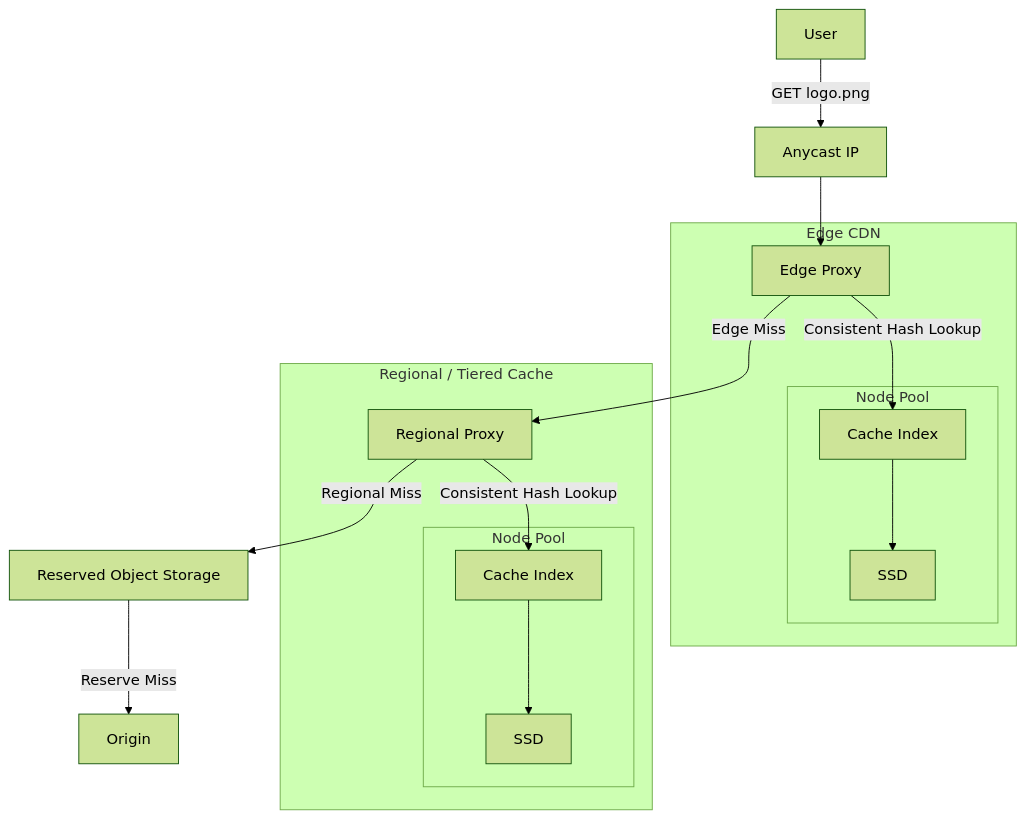
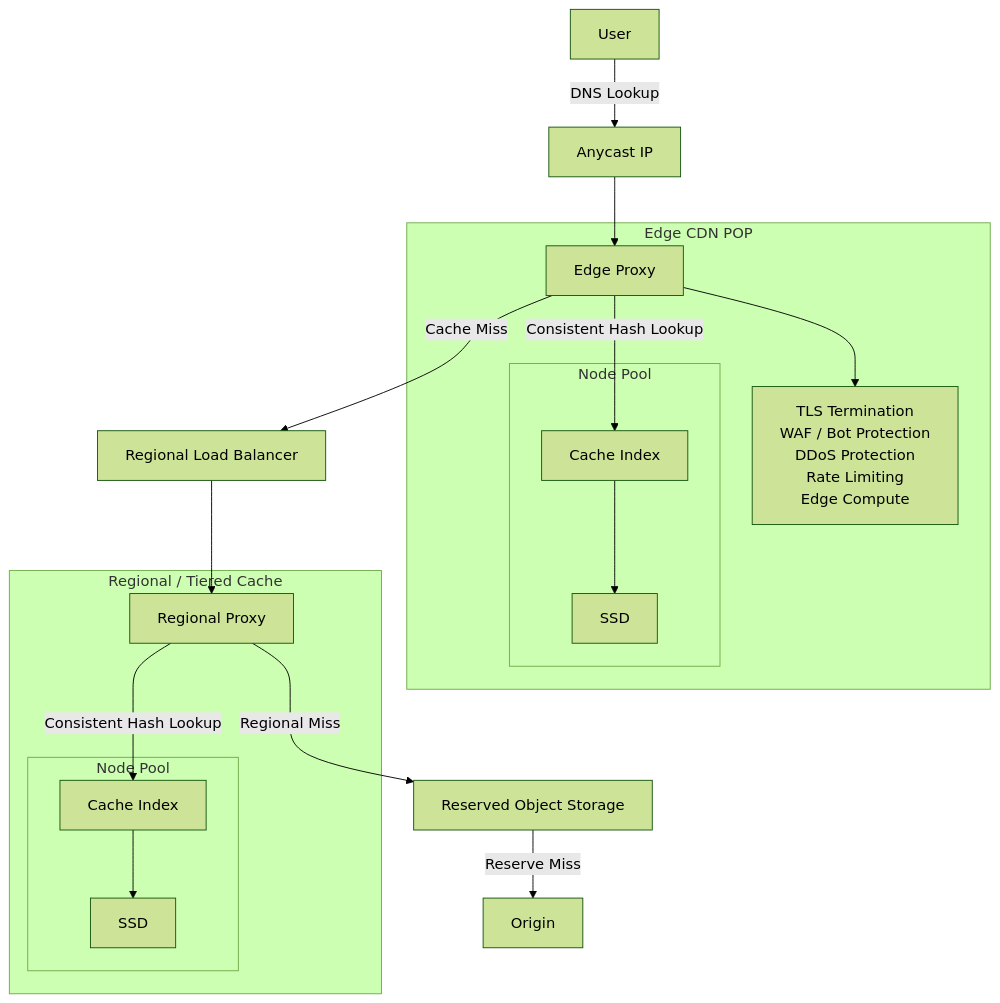
One commit to brandon-benge/InterviewPrep changed the diagram in system-design/components/cdn.md. Above: the diagram before and after it, drawn with Mermaid (forest theme). The commit also changed other lines of this file and 42 other files, not shown here.

````diff
--- a/system-design/components/cdn.md
+++ b/system-design/components/cdn.md
@@ -18,35 +60,40 @@
 ```mermaid
 graph TD
-    User[User] -->|GET logo.png| Anycast[Anycast IP]
+    User[User] -->|DNS Lookup| Anycast[Anycast IP]
 
     Anycast --> EdgeProxy
 
-    subgraph Edge[Edge CDN]
+    subgraph Edge[Edge CDN POP]
         EdgeProxy[Edge Proxy]
+
+        EdgeServices[TLS Termination<br/>WAF / Bot Protection<br/>DDoS Protection<br/>Rate Limiting<br/>Edge Compute]
 
         subgraph EdgePool[Node Pool]
             EdgeIndex[Cache Index]
             EdgeSSD[SSD]
         end
 
+        EdgeProxy --> EdgeServices
         EdgeProxy -->|Consistent Hash Lookup| EdgeIndex
         EdgeIndex --> EdgeSSD
     end
 
-    EdgeProxy -->|Edge Miss| RegionalProxy
+    EdgeProxy -->|Cache Miss| RegionalLB[Regional Load Balancer]
+
+    RegionalLB --> RegionalProxy
 
     subgraph Regional[Regional / Tiered Cache]
         RegionalProxy[Regional Proxy]
 
         subgraph RegionalPool[Node Pool]
             RegionalIndex[Cache Index]
             RegionalSSD[SSD]
         end
 
         RegionalProxy -->|Consistent Hash Lookup| RegionalIndex
         RegionalIndex --> RegionalSSD
     end
 
     RegionalProxy -->|Regional Miss| Reserve[Reserved Object Storage]
     Reserve -->|Reserve Miss| Origin[Origin]
 ```
````
